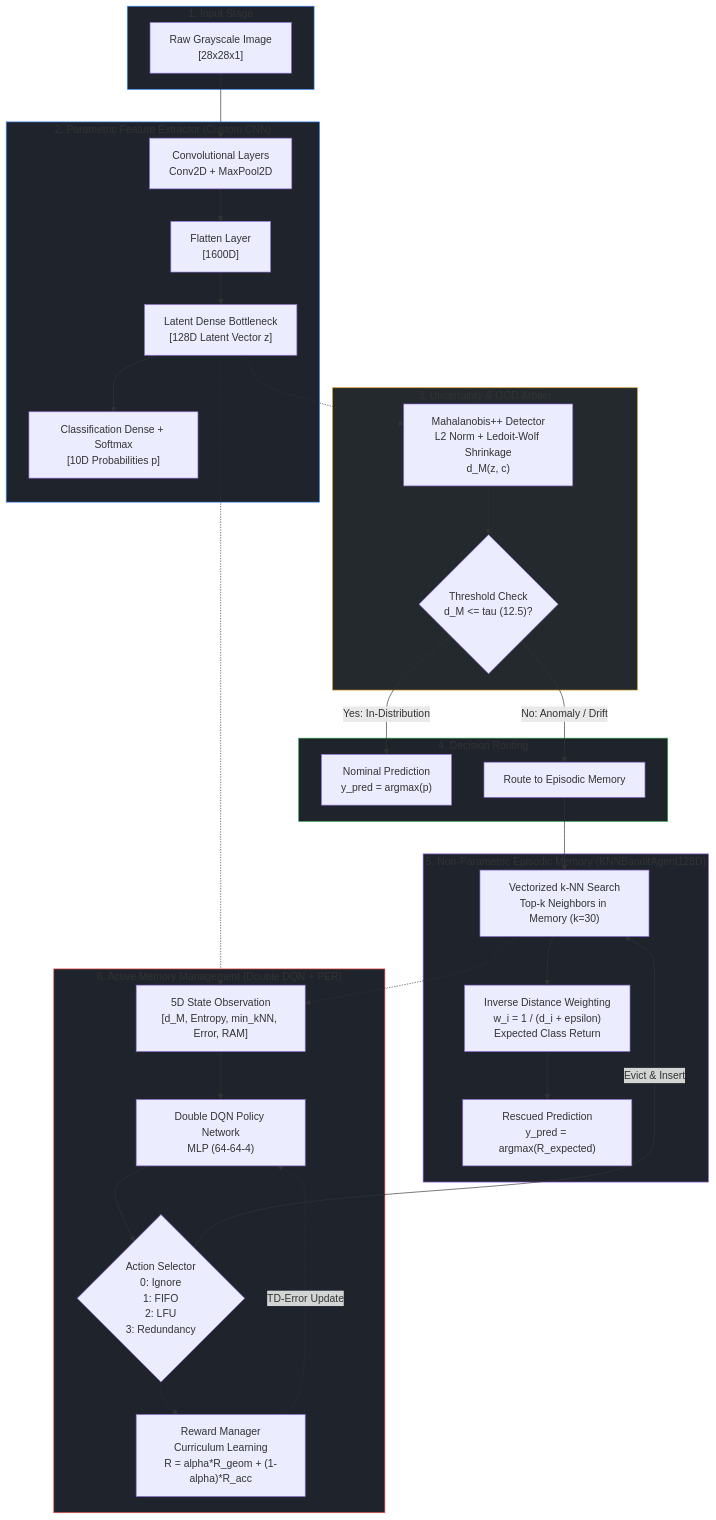
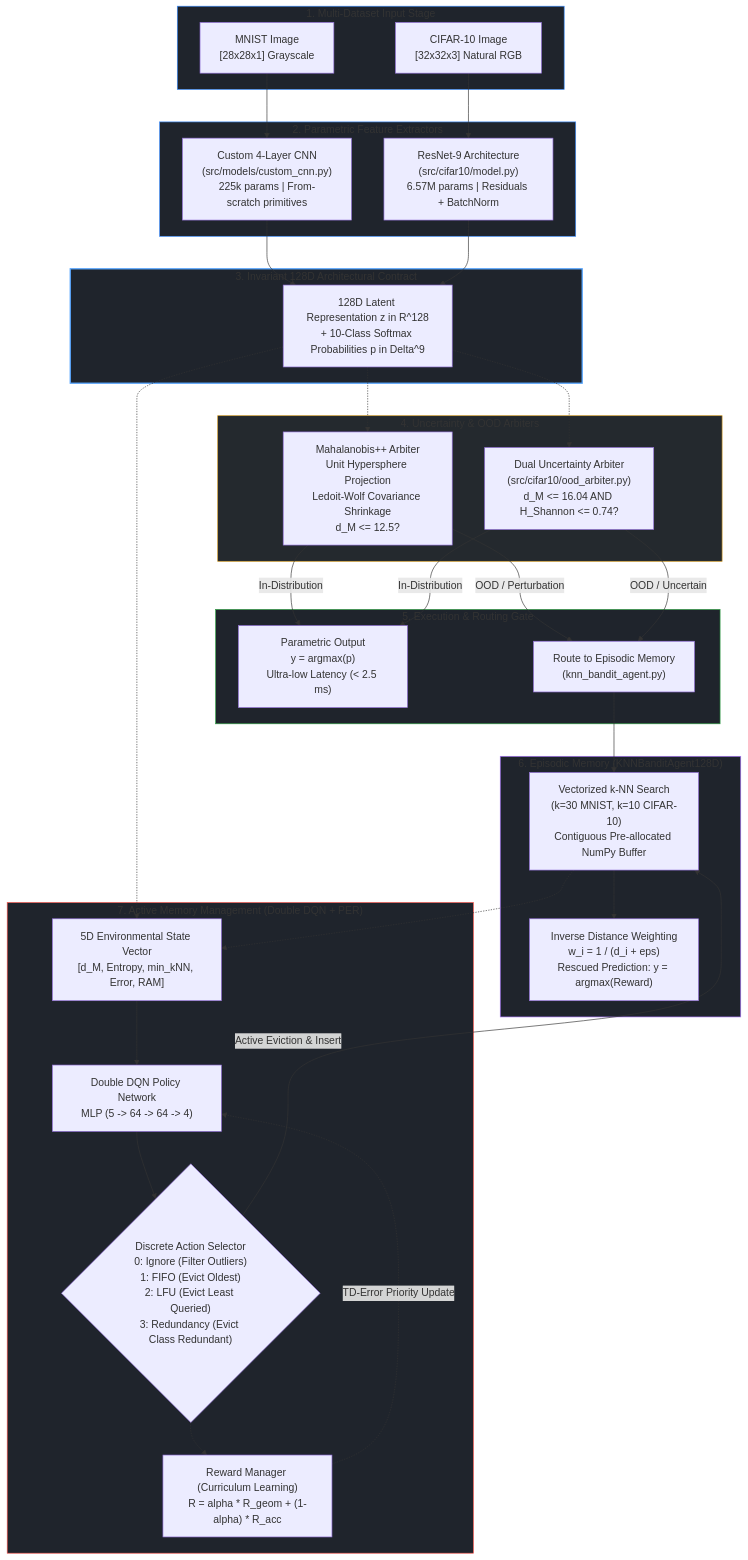
Before and after one commit to Santiago-1211173/projeto-cnn: the diagram in docs/architecture/README.md, drawn with Mermaid. The commit also changed other lines of this file and 58 other files, not shown here.

Commit message:
feat: add CIFAR-10 dataset support, evaluation scripts, and project documentation

````diff
--- a/docs/architecture/README.md
+++ b/docs/architecture/README.md
@@ -24,58 +28,64 @@
 ```mermaid
 flowchart TD
-    subgraph InputStage["1. Input Stage"]
-        RAW["Raw Grayscale Image<br>[28x28x1]"]
+    subgraph InputStage["1. Multi-Dataset Input Stage"]
+        IN_M["MNIST Image<br>[28x28x1] Grayscale"]
+        IN_C["CIFAR-10 Image<br>[32x32x3] Natural RGB"]
     end
 
-    subgraph ParametricStage["2. Parametric Feature Extractor (Custom CNN)"]
-        CONV["Convolutional Layers<br>Conv2D + MaxPool2D"]
-        FLAT["Flatten Layer<br>[1600D]"]
-        LATENT["Latent Dense Bottleneck<br>[128D Latent Vector z]"]
-        HEAD["Classification Dense + Softmax<br>[10D Probabilities p]"]
-        
-        RAW --> CONV --> FLAT --> LATENT --> HEAD
+    subgraph ParametricBackbones["2. Parametric Feature Extractors"]
+        CNN_M["Custom 4-Layer CNN<br>(src/models/custom_cnn.py)<br>225k params | From-scratch primitives"]
+        CNN_C["ResNet-9 Architecture<br>(src/cifar10/model.py)<br>6.57M params | Residuals + BatchNorm"]
+        IN_M --> CNN_M
+        IN_C --> CNN_C
     end
 
-    subgraph RoutingStage["3. Uncertainty & OOD Arbiter"]
-        MAH["Mahalanobis++ Detector<br>L2 Norm + Ledoit-Wolf Shrinkage<br>d_M(z, c)"]
-        THRESH{"Threshold Check<br>d_M <= tau (12.5)?"}
-        
-        LATENT -.-> MAH
-        MAH --> THRESH
+    subgraph LatentBottleneck["3. Invariant 128D Architectural Contract"]
+        LATENT["128D Latent Representation z in R^128<br>+ 10-Class Softmax Probabilities p in Delta^9"]
+        CNN_M --> LATENT
+        CNN_C --> LATENT
     end
 
-    subgraph DecisionStage["4. Decision Routing"]
-        CNN_OUT["Nominal Prediction<br>y_pred = argmax(p)"]
-        THRESH -->|Yes: In-Distribution| CNN_OUT
-        THRESH -->|No: Anomaly / Drift| MEM_ROUTER["Route to Episodic Memory"]
+    subgraph UncertaintyRouting["4. Uncertainty & OOD Arbiters"]
+        ARB_M["Mahalanobis++ Arbiter<br>Unit Hypersphere Projection<br>Ledoit-Wolf Covariance Shrinkage<br>d_M <= 12.5?"]
+        ARB_C["Dual Uncertainty Arbiter<br>(src/cifar10/ood_arbiter.py)<br>d_M <= 16.04 AND H_Shannon <= 0.74?"]
+        LATENT -.-> ARB_M
+        LATENT -.-> ARB_C
     end
 
-    subgraph EpisodicStage["5. Non-Parametric Episodic Memory (KNNBanditAgent128D)"]
-        SEARCH["Vectorized k-NN Search<br>Top-k Neighbors in Memory (k=30)"]
-        VOTE["Inverse Distance Weighting<br>w_i = 1 / (d_i + epsilon)<br>Expected Class Return"]
-        KNN_OUT["Rescued Prediction<br>y_pred = argmax(R_expected)"]
-        
-        MEM_ROUTER --> SEARCH --> VOTE --> KNN_OUT
+    subgraph DecisionGating["5. Execution & Routing Gate"]
+        CNN_PRED["Parametric Output<br>y = argmax(p)<br>Ultra-low Latency (< 2.5 ms)"]
+        MEM_ROUTE["Route to Episodic Memory<br>(knn_bandit_agent.py)"]
+        ARB_M -->|In-Distribution| CNN_PRED
+        ARB_M -->|OOD / Perturbation| MEM_ROUTE
+        ARB_C -->|In-Distribution| CNN_PRED
+        ARB_C -->|OOD / Uncertain| MEM_ROUTE
     end
 
-    subgraph ActiveManagement["6. Active Memory Management (Double DQN + PER)"]
-        STATE_OBS["5D State Observation<br>[d_M, Entropy, min_kNN, Error, RAM]"]
-        RL_NET["Double DQN Policy Network<br>MLP (64-64-4)"]
-        ACTION{"Action Selector<br>0: Ignore<br>1: FIFO<br>2: LFU<br>3: Redundancy"}
+    subgraph EpisodicSubsystem["6. Episodic Memory (KNNBanditAgent128D)"]
+        KNN_SEARCH["Vectorized k-NN Search<br>(k=30 MNIST, k=10 CIFAR-10)<br>Contiguous Pre-allocated NumPy Buffer"]
+        INV_VOTE["Inverse Distance Weighting<br>w_i = 1 / (d_i + eps)<br>Rescued Prediction: y = argmax(Reward)"]
+        MEM_ROUTE --> KNN_SEARCH --> INV_VOTE
+    end
+
+    subgraph RLActiveManagement["7. Active Memory Management (Double DQN + PER)"]
+        STATE_OBS["5D Environmental State Vector<br>[d_M, Entropy, min_kNN, Error, RAM]"]
+        RL_NET["Double DQN Policy Network<br>MLP (5 -> 64 -> 64 -> 4)"]
+        ACTION_SEL{"Discrete Action Selector<br>0: Ignore (Filter Outliers)<br>1: FIFO (Evict Oldest)<br>2: LFU (Evict Least Queried)<br>3: Redundancy (Evict Class Redundant)"}
         
-        CURRICULUM["Reward Manager<br>Curriculum Learning<br>R = alpha*R_geom + (1-alpha)*R_acc"]
+        CURRICULUM["Reward Manager (Curriculum Learning)<br>R = alpha * R_geom + (1-alpha) * R_acc"]
         
-        SEARCH -.-> STATE_OBS
+        KNN_SEARCH -.-> STATE_OBS
         LATENT -.-> STATE_OBS
-        STATE_OBS --> RL_NET --> ACTION
-        ACTION -->|Evict & Insert| SEARCH
-        ACTION -.-> CURRICULUM -.->|TD-Error Update| RL_NET
+        STATE_OBS --> RL_NET --> ACTION_SEL
+        ACTION_SEL -->|Active Eviction & Insert| KNN_SEARCH
+        ACTION_SEL -.-> CURRICULUM -.->|TD-Error Priority Update| RL_NET
     end
 
     style InputStage fill:#1f242c,stroke:#388bfd,stroke-width:1px
-    style ParametricStage fill:#1f242c,stroke:#388bfd,stroke-width:1px
-    style RoutingStage fill:#24292e,stroke:#d29922,stroke-width:1px
-    style DecisionStage fill:#1f242c,stroke:#2ea043,stroke-width:1px
-    style EpisodicStage fill:#1f242c,stroke:#a371f7,stroke-width:1px
-    style ActiveManagement fill:#1f242c,stroke:#f85149,stroke-width:1px
+    style ParametricBackbones fill:#1f242c,stroke:#388bfd,stroke-width:1px
+    style LatentBottleneck fill:#1f242c,stroke:#58a6ff,stroke-width:2px
+    style UncertaintyRouting fill:#24292e,stroke:#d29922,stroke-width:1px
+    style DecisionGating fill:#1f242c,stroke:#2ea043,stroke-width:1px
+    style EpisodicSubsystem fill:#1f242c,stroke:#a371f7,stroke-width:1px
+    style RLActiveManagement fill:#1f242c,stroke:#f85149,stroke-width:1px
 ```
````
